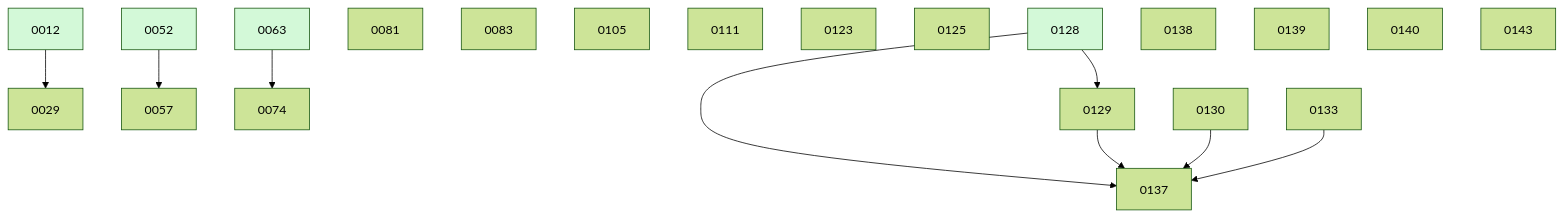
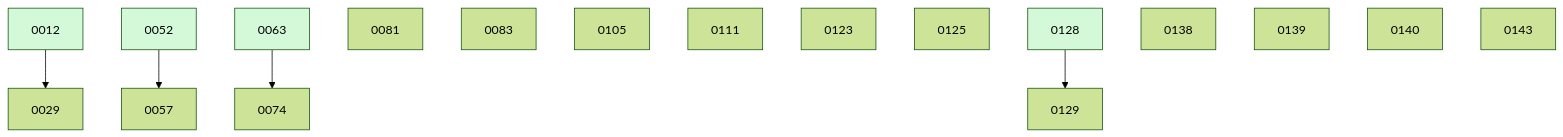
Before and after one commit to ethanhinson/fuse: the diagram in docs/changes/BOARD.md, drawn with Mermaid (forest theme). The commit also changed other lines of this file and 2 other files, not shown here.

````diff
--- a/docs/changes/BOARD.md
+++ b/docs/changes/BOARD.md
@@ -40,26 +39,22 @@
 ```mermaid
 graph TD
   0012 --> 0029
   0052 --> 0057
   0063 --> 0074
   0081
   0083
   0105
   0111
   0123
   0125
   0128 --> 0129
-  0128 --> 0137
-  0129 --> 0137
-  0130 --> 0137
-  0133 --> 0137
   0138
   0139
   0140
   0143
   0012:::done
   0052:::done
   0063:::done
   0128:::done
   classDef done fill:#d3f9d8;
 ```
````
